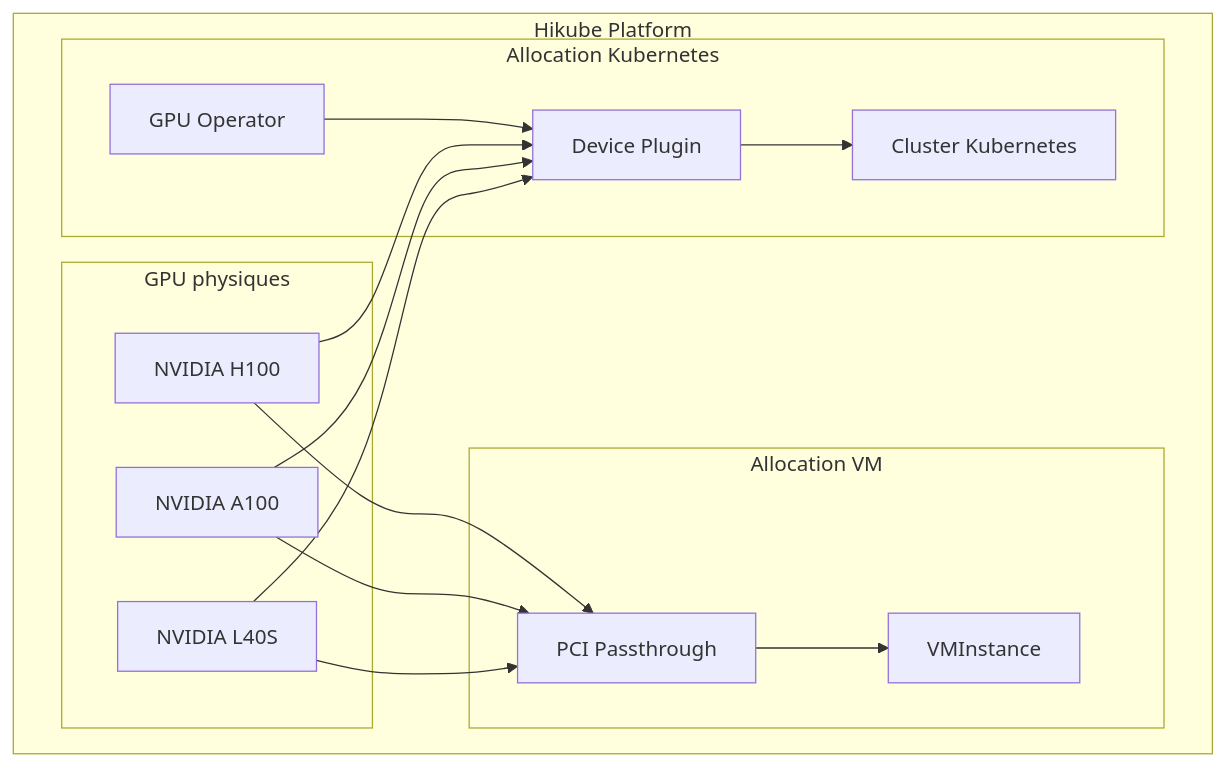
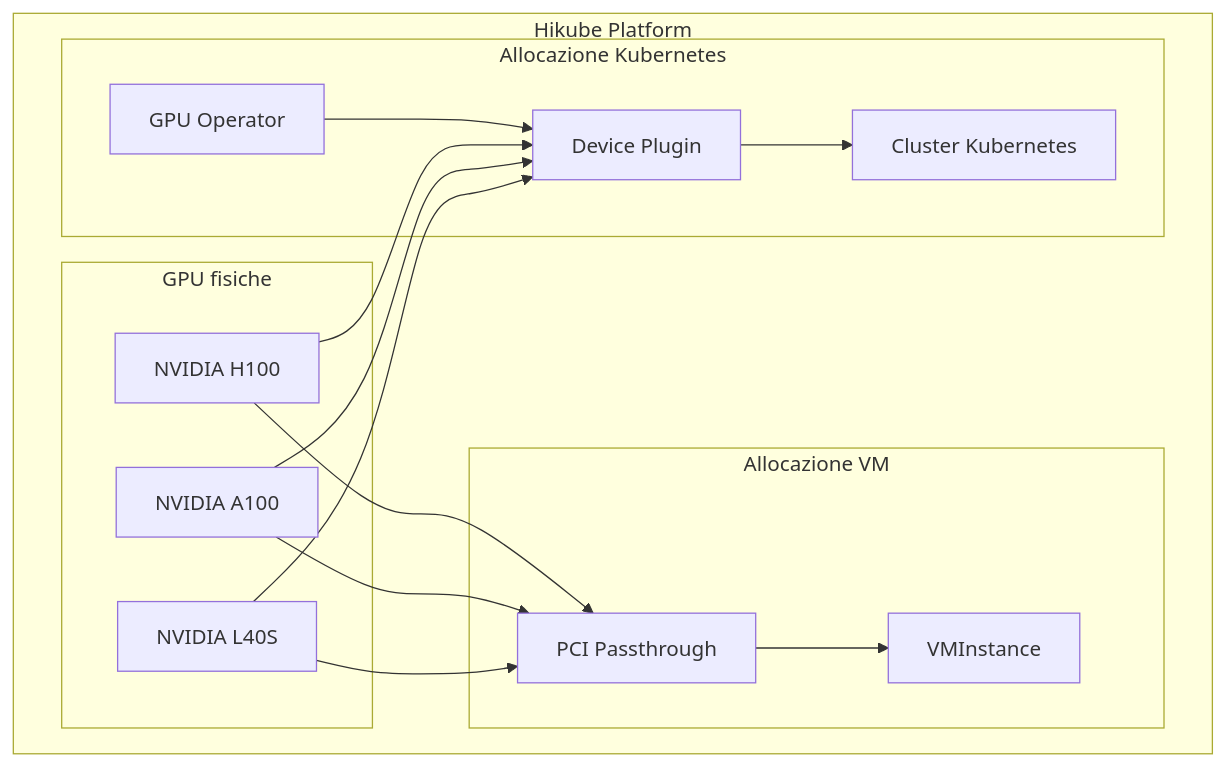
Before and after one commit to HidoraSwiss/hikube-public-doc: the first of 2 diagrams in i18n/it/docusaurus-plugin-content-docs/current/services/gpu/concepts.md, drawn with Mermaid. The commit also changed other lines of this file and 121 other files, not shown here.

````diff
--- a/i18n/it/docusaurus-plugin-content-docs/current/services/gpu/concepts.md
+++ b/i18n/it/docusaurus-plugin-content-docs/current/services/gpu/concepts.md
@@ -12,32 +12,32 @@
 ```mermaid
 graph TB
     subgraph "Hikube Platform"
-        subgraph "GPU physiques"
+        subgraph "GPU fisiche"
             G1[NVIDIA L40S]
             G2[NVIDIA A100]
             G3[NVIDIA H100]
         end
 
-        subgraph "Allocation VM"
+        subgraph "Allocazione VM"
             VMI[VMInstance]
             PT[PCI Passthrough]
         end
 
-        subgraph "Allocation Kubernetes"
+        subgraph "Allocazione Kubernetes"
             K8S[Cluster Kubernetes]
             DP[Device Plugin]
             GO[GPU Operator]
         end
     end
 
     G1 --> PT
     G2 --> PT
     G3 --> PT
     PT --> VMI
 
     G1 --> DP
     G2 --> DP
     G3 --> DP
     GO --> DP
     DP --> K8S
 ```
````
